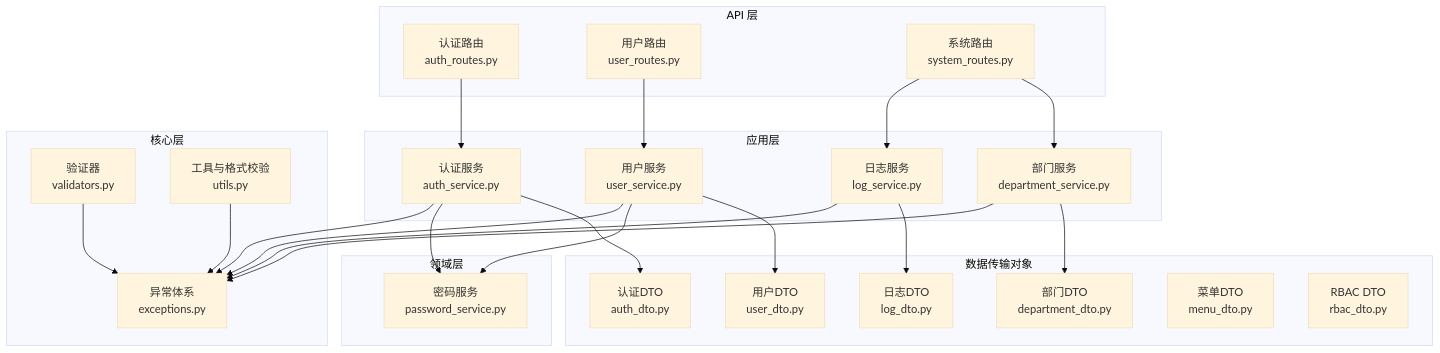
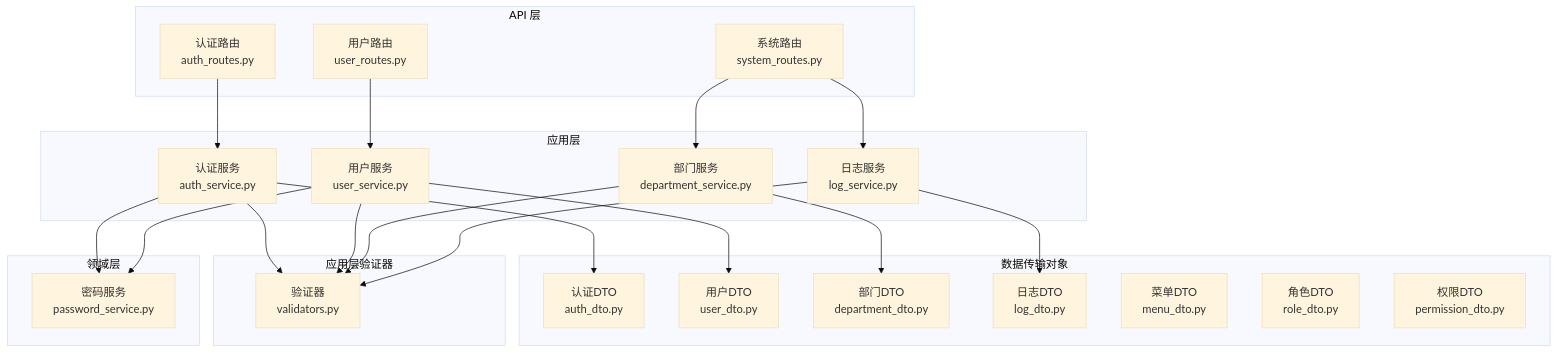
One commit to taoweidong/Hello-FastApi changed the first of 6 diagrams in .qoder/repowiki/zh/content/项目概述/核心特性/数据验证.md. Above: the diagram before and after it, drawn with Mermaid (base theme). The commit also changed other lines of this file and 22 other files, not shown here.

````diff
--- a/.qoder/repowiki/zh/content/项目概述/核心特性/数据验证.md
+++ b/.qoder/repowiki/zh/content/项目概述/核心特性/数据验证.md
@@ -59,46 +61,43 @@
 ```mermaid
 graph TB
 subgraph "API 层"
 R1["认证路由<br/>auth_routes.py"]
 R2["用户路由<br/>user_routes.py"]
 R3["系统路由<br/>system_routes.py"]
 end
 subgraph "应用层"
 S1["认证服务<br/>auth_service.py"]
 S2["用户服务<br/>user_service.py"]
 S3["部门服务<br/>department_service.py"]
 S4["日志服务<br/>log_service.py"]
 end
 subgraph "领域层"
 D1["密码服务<br/>password_service.py"]
 end
-subgraph "核心层"
-C1["验证器<br/>validators.py"]
-C2["工具与格式校验<br/>utils.py"]
-C3["异常体系<br/>exceptions.py"]
+subgraph "应用层验证器"
+AV1["验证器<br/>validators.py"]
 end
 subgraph "数据传输对象"
 DTO1["认证DTO<br/>auth_dto.py"]
 DTO2["用户DTO<br/>user_dto.py"]
 DTO3["部门DTO<br/>department_dto.py"]
 DTO4["日志DTO<br/>log_dto.py"]
 DTO5["菜单DTO<br/>menu_dto.py"]
-DTO6["RBAC DTO<br/>rbac_dto.py"]
+DTO6["角色DTO<br/>role_dto.py"]
+DTO7["权限DTO<br/>permission_dto.py"]
 end
 R1 --> S1
 R2 --> S2
 R3 --> S3
 R3 --> S4
 S1 --> DTO1
 S2 --> DTO2
 S3 --> DTO3
 S4 --> DTO4
 S1 --> D1
 S2 --> D1
-S1 --> C3
-S2 --> C3
-S3 --> C3
-S4 --> C3
-C1 --> C3
-C2 --> C3
+S1 --> AV1
+S2 --> AV1
+S3 --> AV1
+S4 --> AV1
 ```
````
